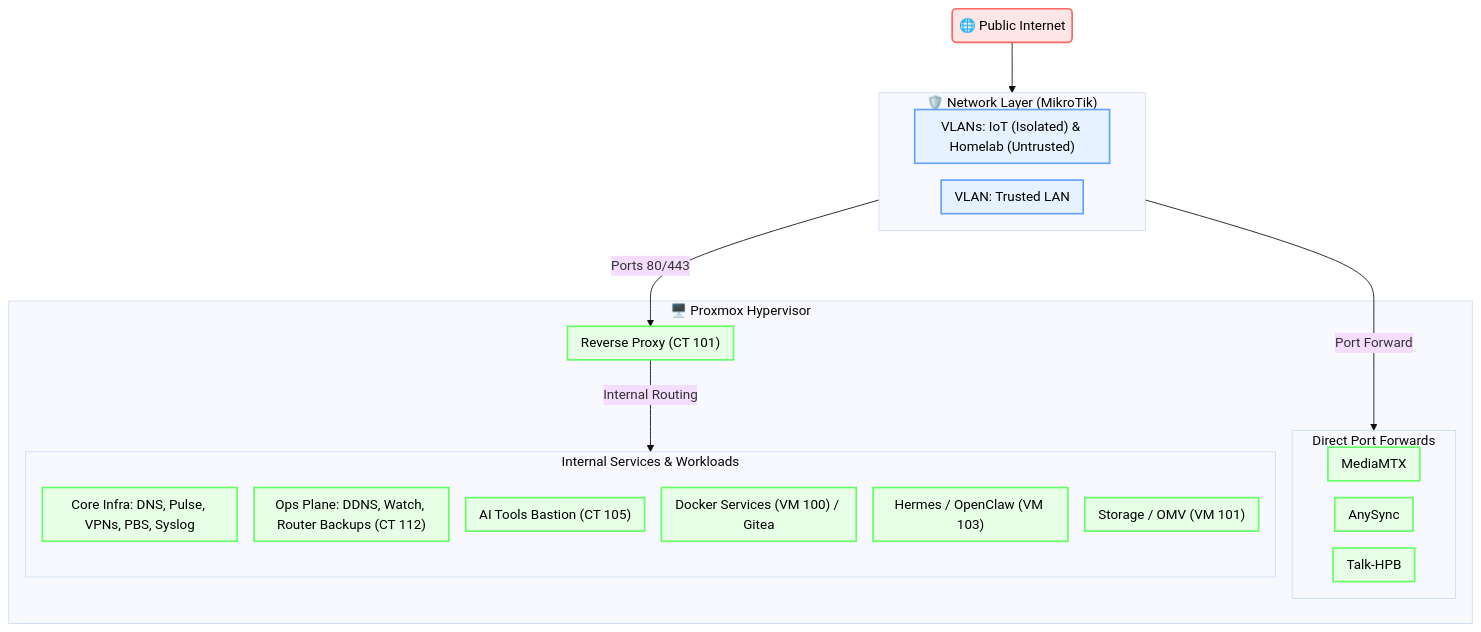
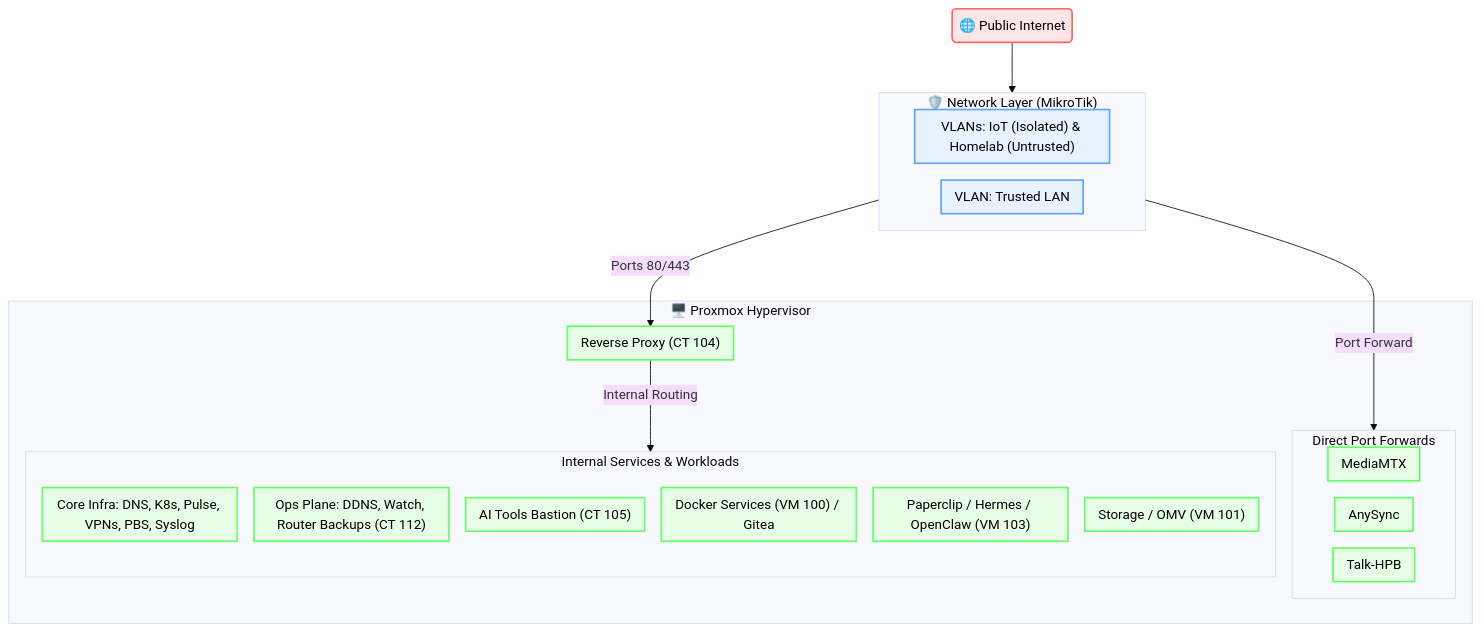
One commit to KnPk11/homelab changed the diagram in README.md. Above: the diagram before and after it, drawn with Mermaid (base theme). The commit also changed other lines of this file and 4 other files, not shown here.

Commit message:
fix(dashy,gatus,readme): sync Dashy views, fix iframe height, and align architecture diagram

````diff
--- a/README.md
+++ b/README.md
@@ -28,44 +28,44 @@
 ```mermaid
 flowchart TD
     %%{init: {"flowchart": {"padding": 8, "nodeSpacing": 20, "rankSpacing": 60}}}%%
     
     WAN("🌐 Public Internet")
     
     subgraph Network["🛡️ Network Layer (MikroTik)"]
         VLAN_MIX["VLANs: IoT (Isolated) & Homelab (Untrusted)"]
         VLAN_LAN["VLAN: Trusted LAN"]
     end
 
     subgraph Compute["🖥️ Proxmox Hypervisor"]
-        Caddy["Reverse Proxy (CT 101)"]
+        Caddy["Reverse Proxy (CT 104)"]
         
         subgraph DirectPorts["Direct Port Forwards"]
             MediaMTX["MediaMTX"]
             AnySync["AnySync"]
             TalkHPB["Talk-HPB"]
         end
         
         subgraph Services["Internal Services & Workloads"]
             direction TB
-            L1["Core Infra: DNS, Pulse, VPNs, PBS, Syslog"]
+            L1["Core Infra: DNS, K8s, Pulse, VPNs, PBS, Syslog"]
             L5["Ops Plane: DDNS, Watch, Router Backups (CT 112)"]
             L6["AI Tools Bastion (CT 105)"]
             L2["Docker Services (VM 100) / Gitea"]
-            L4["Hermes / OpenClaw (VM 103)"]
+            L4["Paperclip / Hermes / OpenClaw (VM 103)"]
             L3["Storage / OMV (VM 101)"]
         end
     end
 
     WAN --> Network
     Network -->|Ports 80/443| Caddy
     Network -- "Port Forward" ---> DirectPorts
     Caddy -->|Internal Routing| Services
 
     classDef wanLayer fill:#ffe6e6,stroke:#ff6666,stroke-width:2px,color:#000;
     classDef netLayer fill:#e6f2ff,stroke:#66a3ff,stroke-width:2px,color:#000;
     classDef compLayer fill:#e6ffe6,stroke:#66ff66,stroke-width:2px,color:#000;
 
     class WAN wanLayer;
     class VLAN_MIX,VLAN_LAN netLayer;
     class Caddy,MediaMTX,AnySync,TalkHPB,L1,L2,L3,L4,L5,L6 compLayer;
 ```
````
